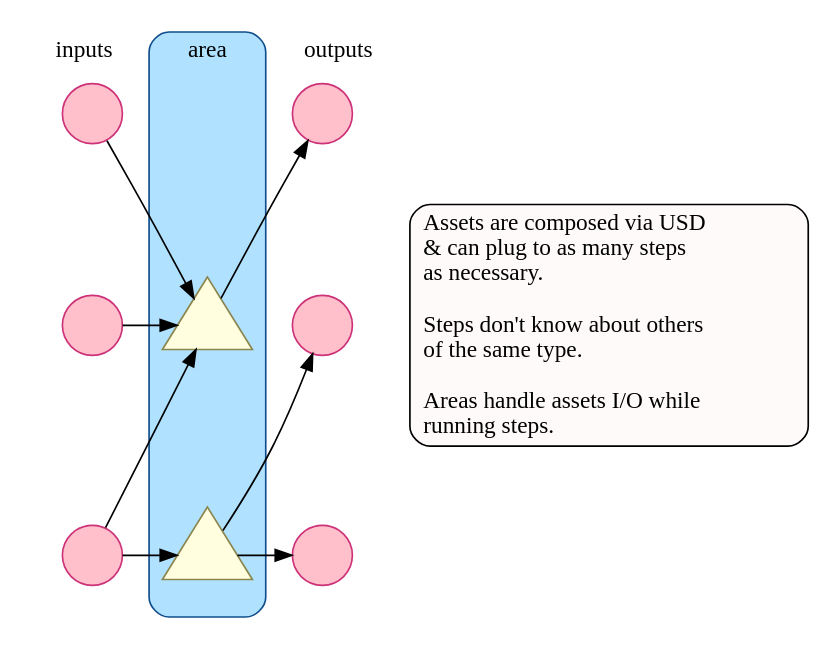
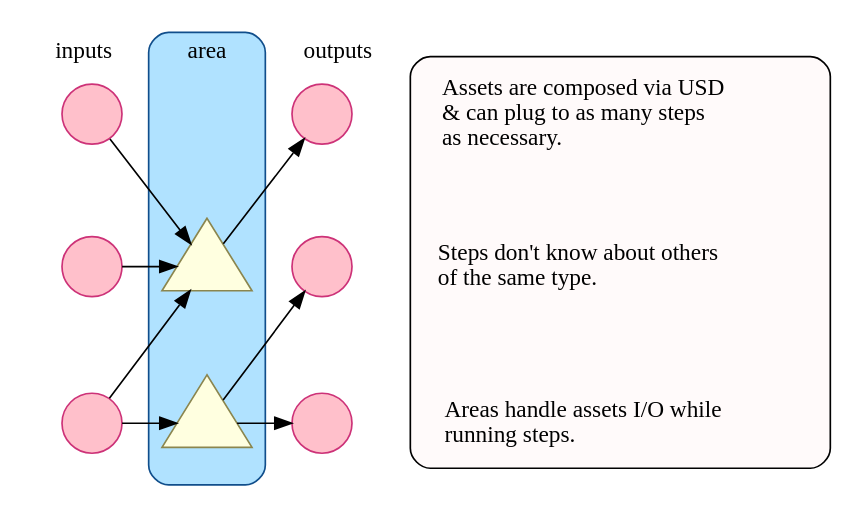
The diagram in docs/source/area_overview.dot (thegrill/grill), drawn with Graphviz before and after one commit.

Commit message:
add description cluster

```diff
--- a/docs/source/area_overview.dot
+++ b/docs/source/area_overview.dot
@@ -1,40 +1,39 @@
 digraph area_overview {
     bgcolor=invis
     newrank=true
     subgraph cluster_inputs {
         label=inputs
         color=invis
         node [shape=circle label="" fillcolor=pink style=filled color=violetred3] input_asset1 input_asset2 input_asset3
         input_asset1 -> input_asset2 -> input_asset3 [style=invis]
     }
     subgraph cluster_area {
         style="filled,rounded"
         label=area
         fillcolor=lightskyblue1 color=dodgerblue4
         sentinel [style=invis label=""]
         node [shape=triangle label="" fillcolor=lightyellow style=filled color=khaki4 height=.8] step2 step3
         sentinel -> step2 -> step3 [style=invis]
     }
     subgraph cluster_outputs {
         label=outputs
         color=invis
         node [shape=circle label="" fillcolor=pink style=filled color=violetred3] output_asset1 output_asset2 output_asset3
         output_asset1 -> output_asset2 -> output_asset3 [style=invis]
     }
+    subgraph cluster_descriptions {
+        style="rounded,filled"
+        fillcolor=snow
+        node [shape=none]
+        asset_d [label="Assets are composed via USD\l& can plug to as many steps\las necessary.\l"]
+        step_d [label="Steps don't know about others\lof the same type.\l"]
+        area_d [label="Areas handle assets I/O while\lrunning steps.\l"]
+    }
     {input_asset1 input_asset2 input_asset3} -> step2
     input_asset3 -> step3
     step2 -> output_asset1
     step3 -> {output_asset2 output_asset3}
-    {rank=same input_asset1 sentinel output_asset1}
-    {rank=same input_asset2 step2 output_asset2}
-    {rank=same input_asset3 step3 output_asset3}
-    description [shape=record style="rounded,filled" fillcolor=snow label="
-        Assets are composed via USD\l
-        & can plug to as many steps\l
-        as necessary.\l\l
-        Steps don't know about others\l
-        of the same type.\l\l
-        Areas handle assets I/O while\l
-        running steps.\l"]
-    {rank=same input_asset2 step2 output_asset2 description}
+    {rank=same input_asset1 sentinel output_asset1 asset_d}
+    {rank=same input_asset2 step2 output_asset2 step_d}
+    {rank=same input_asset3 step3 output_asset3 area_d}
 }
```
